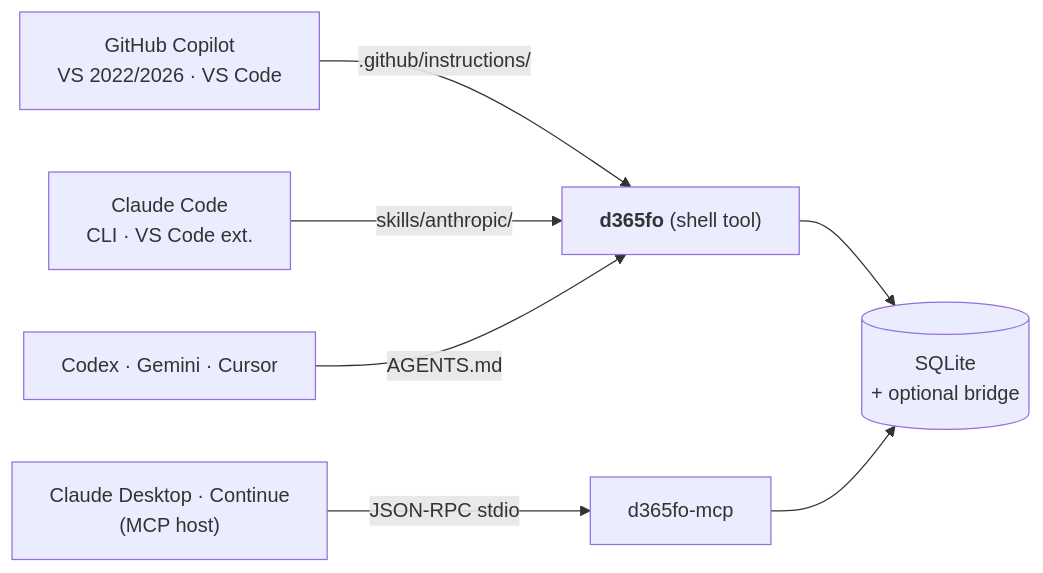
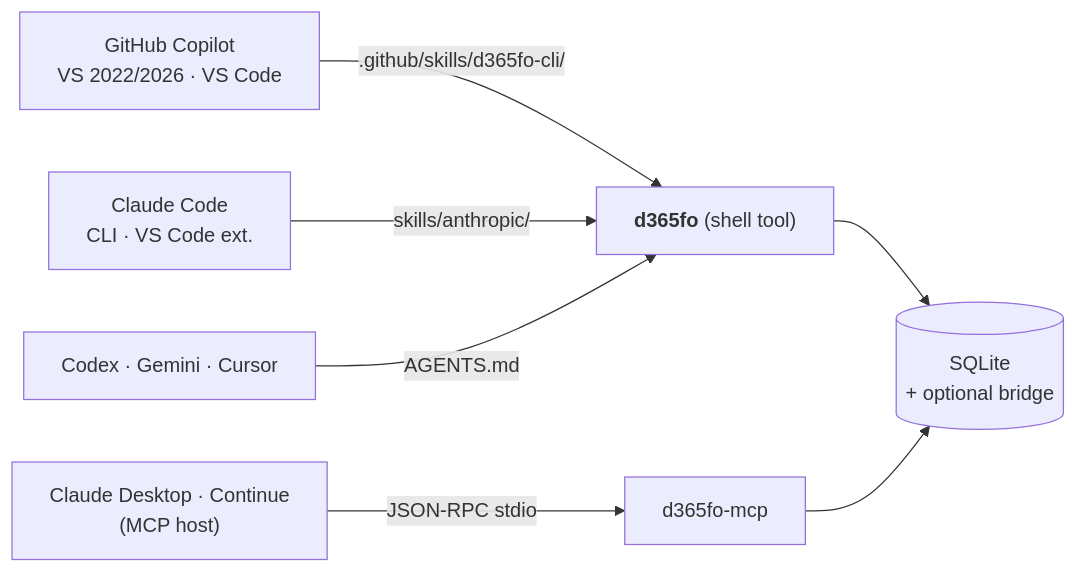
The second of 2 diagrams in docs/SETUP.md (dynamics365ninja/d365fo-cli), drawn with Mermaid before and after one commit. The commit also changed other lines of this file and 27 other files, not shown here.

````diff
--- a/docs/SETUP.md
+++ b/docs/SETUP.md
@@ -144,9 +144,9 @@
 ```mermaid
 flowchart LR
-    Cop["GitHub Copilot<br/>VS 2022/2026 · VS Code"] -->|.github/instructions/| Bin
+    Cop["GitHub Copilot<br/>VS 2022/2026 · VS Code"] -->|.github/skills/d365fo-cli/| Bin
     Cla["Claude Code<br/>CLI · VS Code ext."]     -->|skills/anthropic/| Bin
     Other["Codex · Gemini · Cursor"]              -->|AGENTS.md| Bin
     Mcp["Claude Desktop · Continue<br/>(MCP host)"] -->|JSON-RPC stdio| Mbin["d365fo-mcp"]
     Bin["<b>d365fo</b> (shell tool)"] --> Idx[("SQLite<br/>+ optional bridge")]
     Mbin --> Idx
 ```
````
